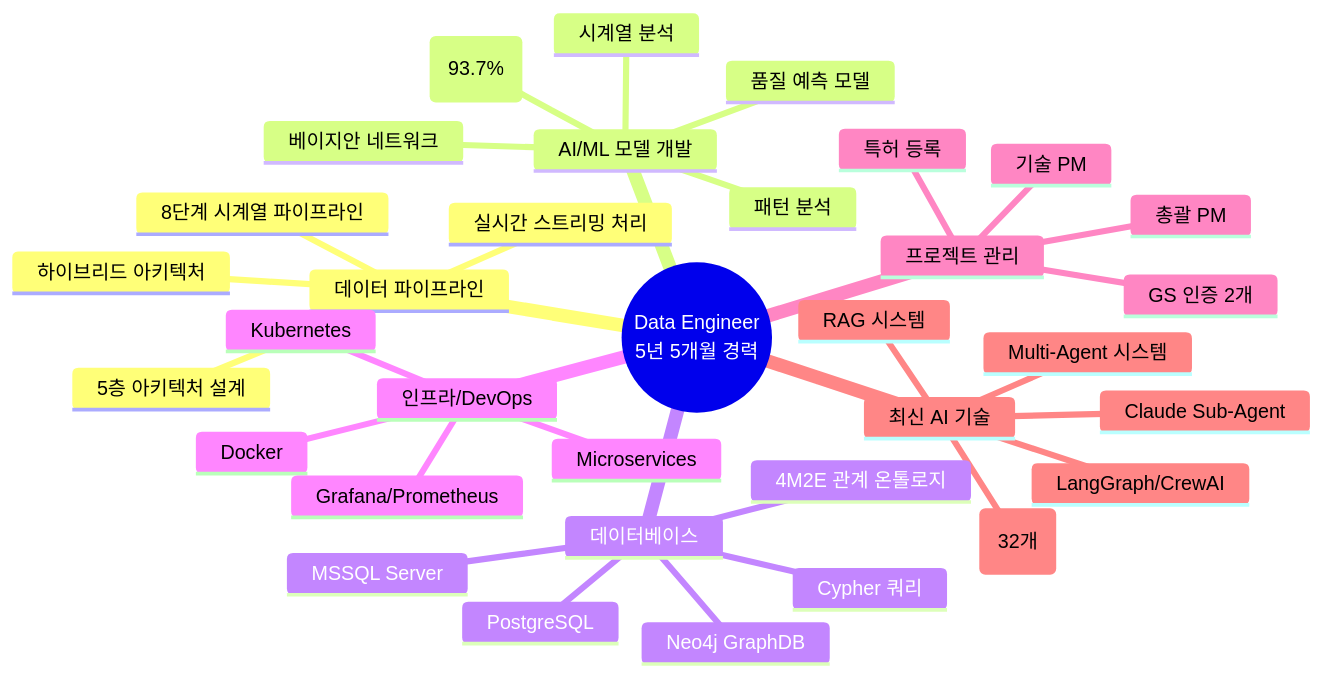
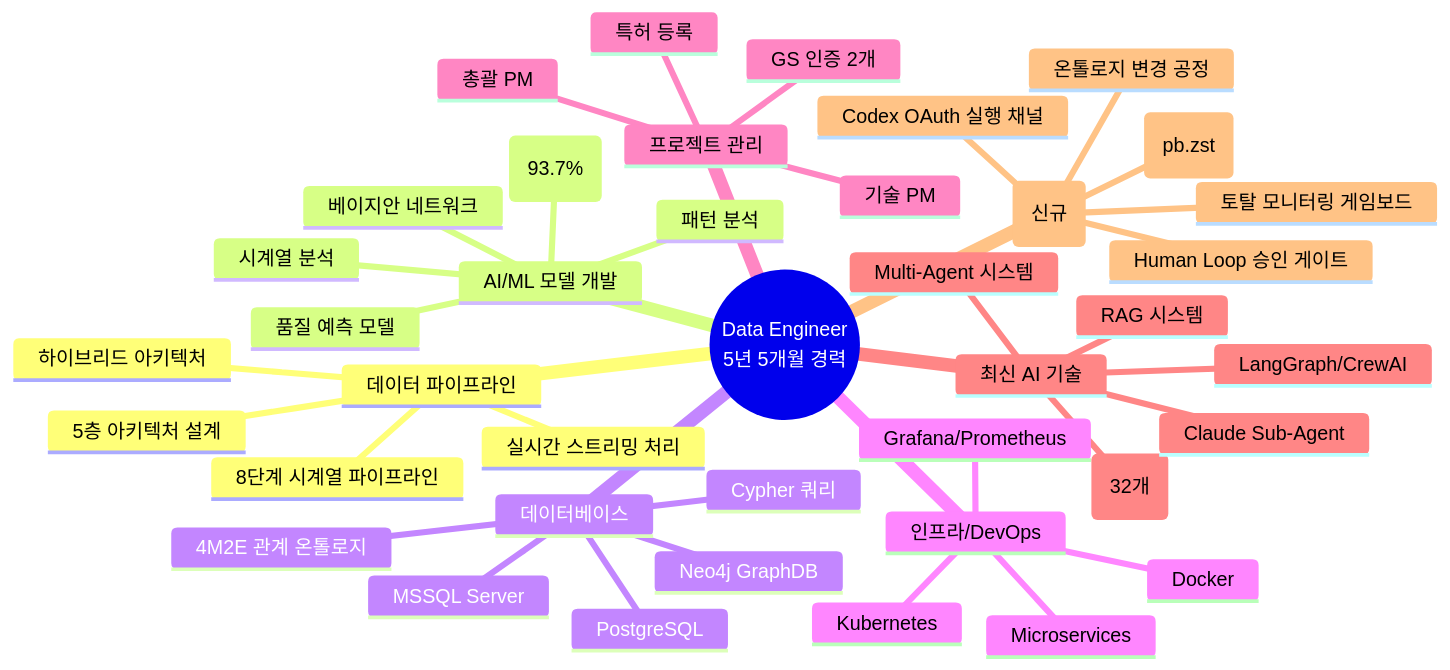
The second of 4 diagrams in portfolio/portfolio_docs/resume_generator/assets/일반공개/권순룡_이력서_일반공개.md (moobaek/Testing_AI_agents_for_public_use), drawn with Mermaid before and after one commit. The commit also changed other lines of this file and 14 other files, not shown here.

````diff
--- a/portfolio/portfolio_docs/resume_generator/assets/일반공개/권순룡_이력서_일반공개.md
+++ b/portfolio/portfolio_docs/resume_generator/assets/일반공개/권순룡_이력서_일반공개.md
@@ -71,37 +76,43 @@
 ```mermaid
 mindmap
   root((Data Engineer<br/>5년 5개월 경력))
     데이터 파이프라인
       8단계 시계열 파이프라인
       실시간 스트리밍 처리
       5층 아키텍처 설계
       하이브리드 아키텍처
     AI/ML 모델 개발
       베이지안 네트워크
       이상 탐지 (93.7%)
       품질 예측 모델
       시계열 분석
       패턴 분석
     데이터베이스
       MSSQL Server
       PostgreSQL
       Neo4j GraphDB
       Cypher 쿼리
       4M2E 관계 온톨로지
     인프라/DevOps
       Docker
       Kubernetes
       Microservices
       Grafana/Prometheus
     프로젝트 관리
       총괄 PM
       기술 PM
       GS 인증 2개
       특허 등록
     최신 AI 기술
       Multi-Agent 시스템
       MCP 서버 (32개)
       RAG 시스템
       LangGraph/CrewAI
       Claude Sub-Agent
+    v9.0 운영 체계 (신규)
+      AI-DB 이벤트 소싱 (pb.zst)
+      Codex OAuth 실행 채널
+      Human Loop 승인 게이트
+      온톨로지 변경 공정
+      토탈 모니터링 게임보드
 ```
````
